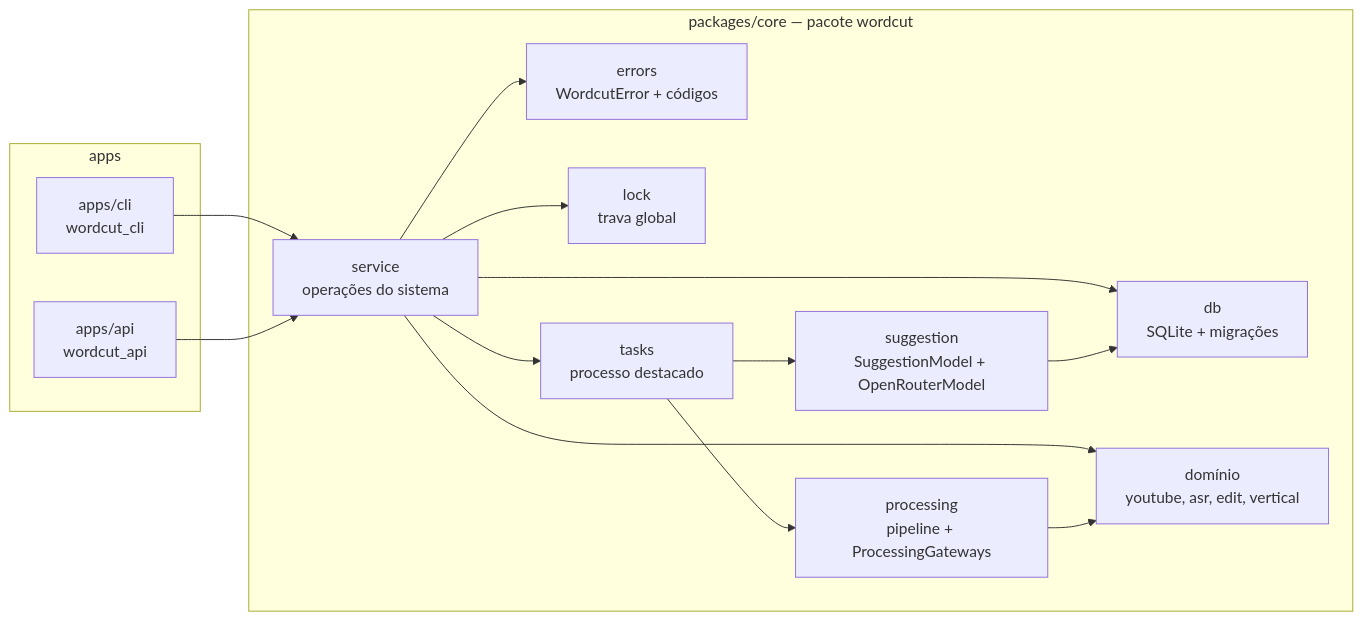
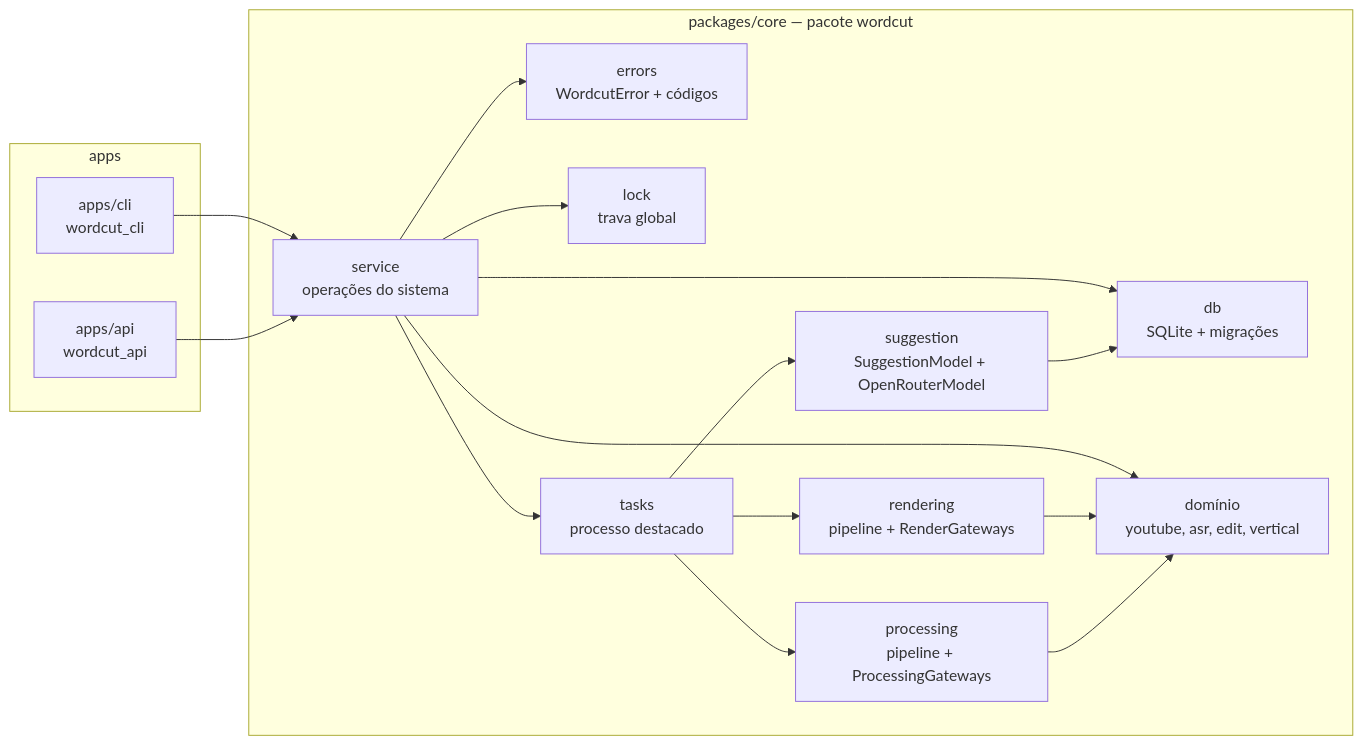
Before and after one commit to leandrokanis/wordcut: the third of 6 diagrams in docs/architecture/README.md, drawn with Mermaid. The commit also changed other lines of this file and 48 other files, not shown here.

````diff
--- a/docs/architecture/README.md
+++ b/docs/architecture/README.md
@@ -62,28 +62,31 @@
 ```mermaid
 flowchart LR
   subgraph apps
     CLI["apps/cli<br/>wordcut_cli"]
     API["apps/api<br/>wordcut_api"]
   end
   subgraph core["packages/core — pacote wordcut"]
     SVC["service<br/>operações do sistema"]
     ERR["errors<br/>WordcutError + códigos"]
     DB["db<br/>SQLite + migrações"]
     LOCK["lock<br/>trava global"]
     TASK["tasks<br/>processo destacado"]
     PROC["processing<br/>pipeline + ProcessingGateways"]
     SUG["suggestion<br/>SuggestionModel + OpenRouterModel"]
+    REND["rendering<br/>pipeline + RenderGateways"]
     DOM["domínio<br/>youtube, asr, edit, vertical"]
   end
   CLI --> SVC
   API --> SVC
   SVC --> DB
   SVC --> LOCK
   SVC --> TASK
   SVC --> DOM
   SVC --> ERR
   TASK --> PROC
   TASK --> SUG
+  TASK --> REND
+  REND --> DOM
   SUG --> DB
   PROC --> DOM
 ```
````
